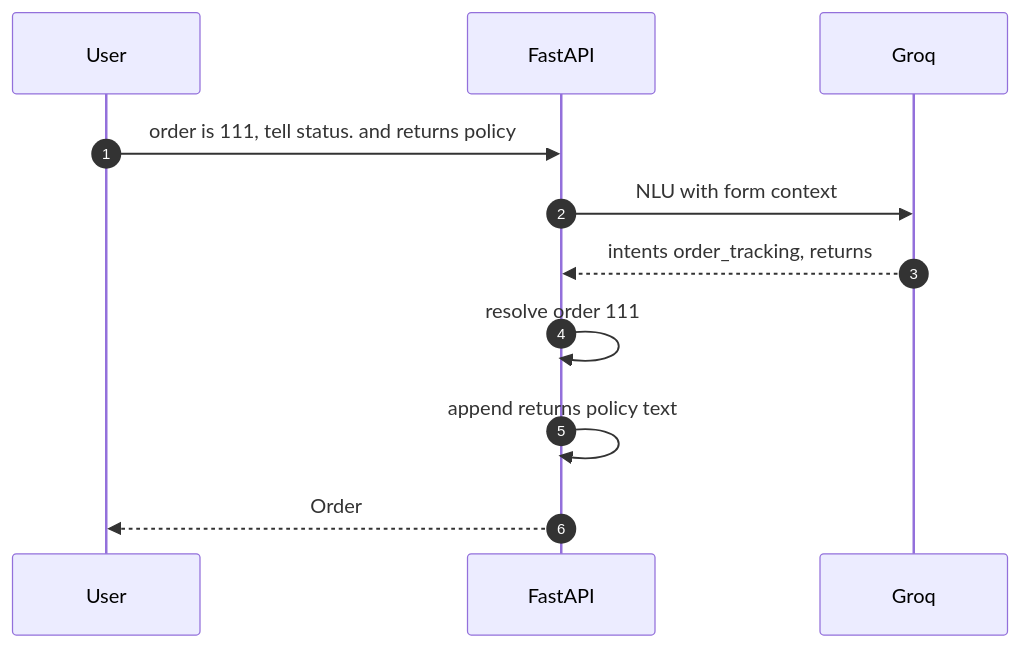
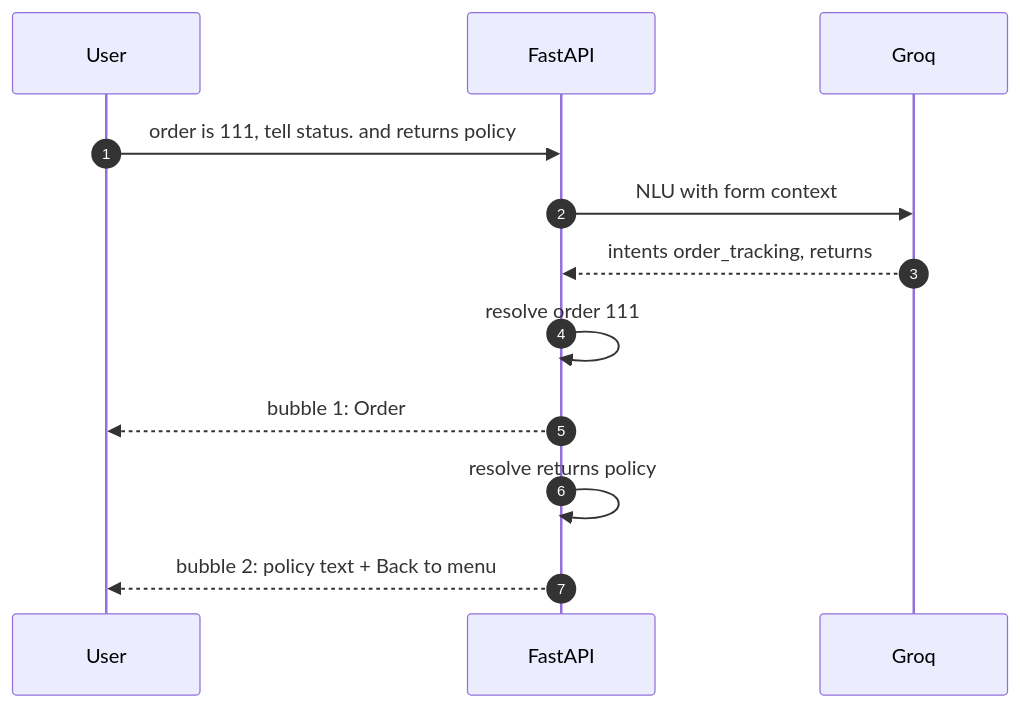
Before and after one commit to pkbros/cutomerBot2: the sixth of 9 diagrams in architecture.md, drawn with Mermaid. The commit also changed other lines of this file and 6 other files, not shown here.

````diff
--- a/architecture.md
+++ b/architecture.md
@@ -234,13 +232,14 @@
 ```mermaid
 sequenceDiagram
     autonumber
     participant U as User
     participant B as FastAPI
     participant G as Groq
     U->>B: order is 111, tell status. and returns policy
     B->>G: NLU with form context
     G-->>B: intents order_tracking, returns
     B->>B: resolve order 111
-    B->>B: append returns policy text
-    B-->>U: Order #111 is Shipped, then policy + Back to menu
+    B-->>U: bubble 1: Order #111 is Shipped + Back to menu
+    B->>B: resolve returns policy
+    B-->>U: bubble 2: policy text + Back to menu
 ```
````
